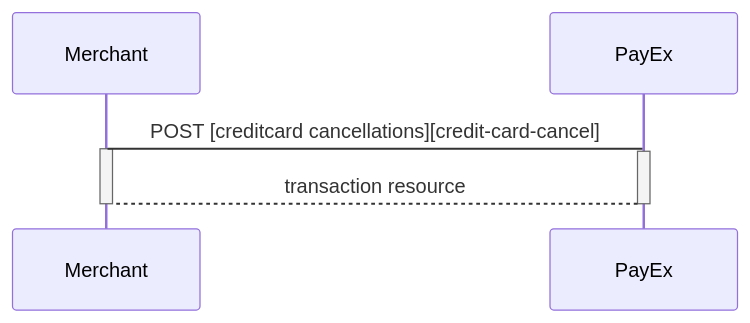
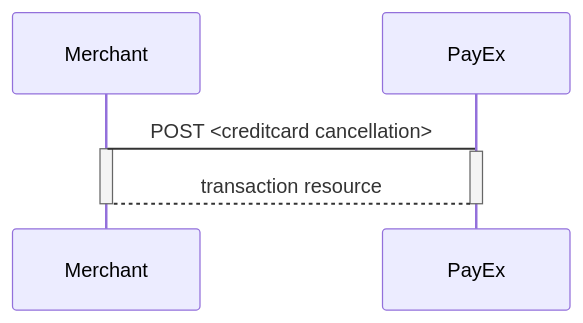
Before and after one commit to SwedbankPay/developer.swedbankpay.com: the second of 3 diagrams in payments/mobile-pay/other-features.md, drawn with Mermaid. The commit also changed other lines of this file, not shown here.

Commit message:
DX-259 Update mobile pay other-features with iterator and fix links

````diff
--- a/payments/mobile-pay/other-features.md
+++ b/payments/mobile-pay/other-features.md
@@ -50,9 +50,9 @@
 ```mermaid
 sequenceDiagram
-  Merchant->PayEx: POST [creditcard cancellations][credit-card-cancel]
+  Merchant->PayEx: POST <creditcard cancellation>
   Activate Merchant
   Activate PayEx
   PayEx-->Merchant: transaction resource
   Deactivate PayEx
   Deactivate Merchant
 ```
````
